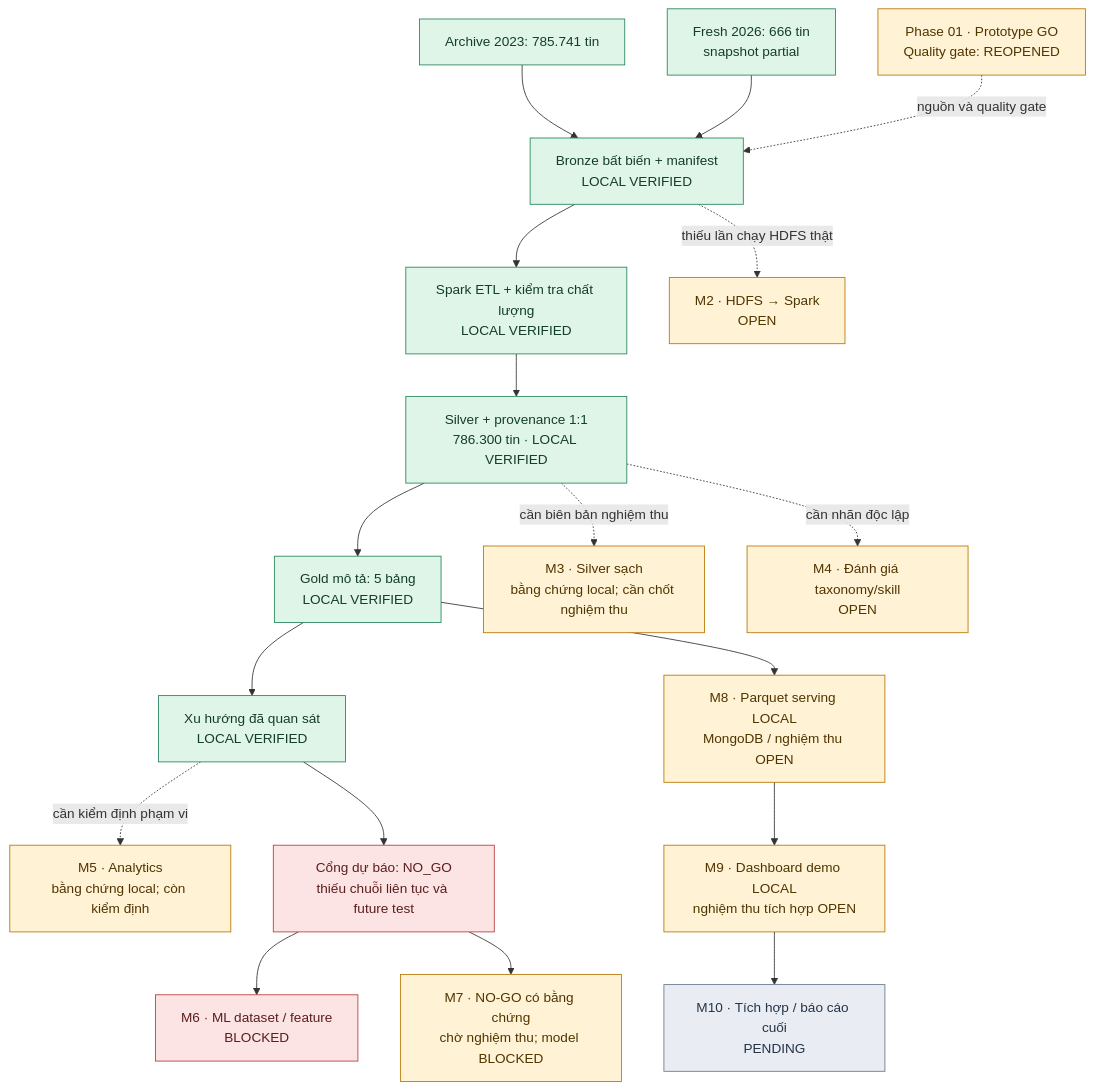
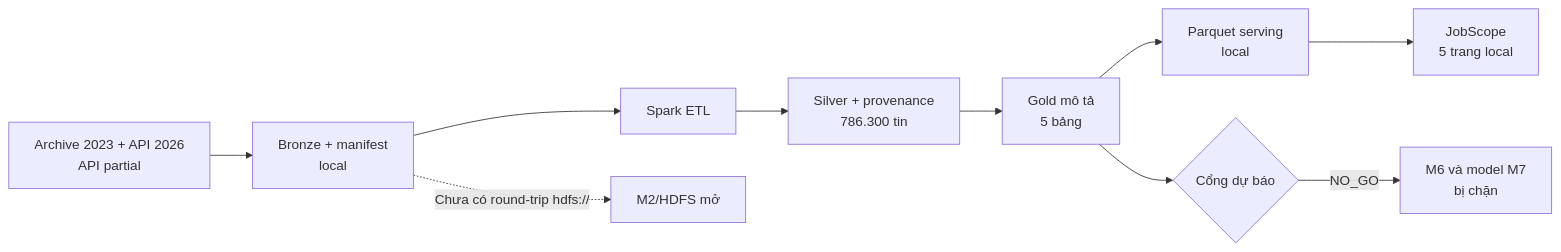
One commit to klongnguyen/BigData-IT-Job-Skill-Analytics changed the diagram in README.md. Above: the diagram before and after it, drawn with Mermaid. The commit also changed other lines of this file and 2 other files, not shown here.

````diff
--- a/README.md
+++ b/README.md
@@ -27,44 +13,12 @@
 ```mermaid
-flowchart TD
-    P1["Phase 01 · Prototype GO<br/>Quality gate: REOPENED"]
-    H["Archive 2023: 785.741 tin"]
-    F["Fresh 2026: 666 tin<br/>snapshot partial"]
-    B["Bronze bất biến + manifest<br/>LOCAL VERIFIED"]
-    E["Spark ETL + kiểm tra chất lượng<br/>LOCAL VERIFIED"]
-    S["Silver + provenance 1:1<br/>786.300 tin · LOCAL VERIFIED"]
-    G["Gold mô tả: 5 bảng<br/>LOCAL VERIFIED"]
-    A["Xu hướng đã quan sát<br/>LOCAL VERIFIED"]
-    M2["M2 · HDFS → Spark<br/>OPEN"]
-    M3["M3 · Silver sạch<br/>bằng chứng local; cần chốt nghiệm thu"]
-    M4["M4 · Đánh giá taxonomy/skill<br/>OPEN"]
-    M5["M5 · Analytics<br/>bằng chứng local; còn kiểm định"]
-    PG["Cổng dự báo: NO_GO<br/>thiếu chuỗi liên tục và future test"]
-    M6["M6 · ML dataset / feature<br/>BLOCKED"]
-    M7["M7 · NO-GO có bằng chứng<br/>chờ nghiệm thu; model BLOCKED"]
-    SERVE["M8 · Parquet serving LOCAL<br/>MongoDB / nghiệm thu OPEN"]
-    DASH["M9 · Dashboard demo LOCAL<br/>nghiệm thu tích hợp OPEN"]
-    FINAL["M10 · Tích hợp / báo cáo cuối<br/>PENDING"]
-
-    H --> B
-    F --> B
-    B --> E --> S --> G --> A
-    P1 -. "nguồn và quality gate" .-> B
-    B -. "thiếu lần chạy HDFS thật" .-> M2
-    S -. "cần biên bản nghiệm thu" .-> M3
-    S -. "cần nhãn độc lập" .-> M4
-    A -. "cần kiểm định phạm vi" .-> M5
-    A --> PG
-    PG --> M6
-    PG --> M7
-    G --> SERVE --> DASH --> FINAL
-
-    classDef local fill:#dff5e8,stroke:#27845b,color:#153d2b;
-    classDef open fill:#fff2d5,stroke:#b87600,color:#513500;
-    classDef blocked fill:#fde4e4,stroke:#b83b3b,color:#5b1e1e;
-    classDef pending fill:#e9edf3,stroke:#67778d,color:#263448;
-    class H,F,B,E,S,G,A local;
-    class P1,M2,M3,M4,M5,M7 open;
-    class PG,M6 blocked;
-    class SERVE,DASH open;
-    class FINAL pending;
+flowchart LR
+    A["Archive 2023 + API 2026<br/>API partial"] --> B["Bronze + manifest<br/>local"]
+    B --> C["Spark ETL"]
+    C --> D["Silver + provenance<br/>786.300 tin"]
+    D --> E["Gold mô tả<br/>5 bảng"]
+    E --> F["Parquet serving<br/>local"]
+    F --> G["JobScope<br/>5 trang local"]
+    E --> H{"Cổng dự báo"}
+    H -->|NO_GO| I["M6 và model M7<br/>bị chặn"]
+    B -. "Chưa có round-trip hdfs://" .-> J["M2/HDFS mở"]
 ```
````
